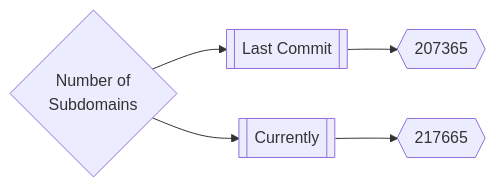
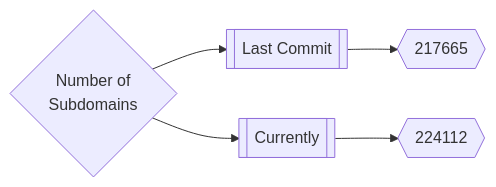
One commit to trickest/inventory changed the first of 3 diagrams in README.md. Above: the diagram before and after it, drawn with Mermaid. The commit also changed other lines of this file, not shown here.

Commit message:
Update Thu Mar 10 01:32:00 UTC 2022

````diff
--- a/README.md
+++ b/README.md
@@ -165,5 +165,5 @@
 ```mermaid
 graph LR
-title{Number of<br>Subdomains} --> subdomainsDate1[[Last Commit]] --> subdomainsNum1{{207365}}
-title --> subdomainsDate2[[Currently]] --> subdomainsNum2{{217665}}
+title{Number of<br>Subdomains} --> subdomainsDate1[[Last Commit]] --> subdomainsNum1{{217665}}
+title --> subdomainsDate2[[Currently]] --> subdomainsNum2{{224112}}
 ```
````
